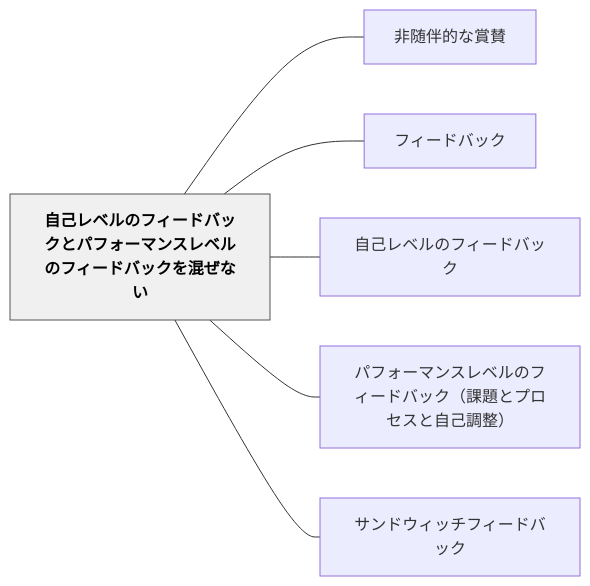
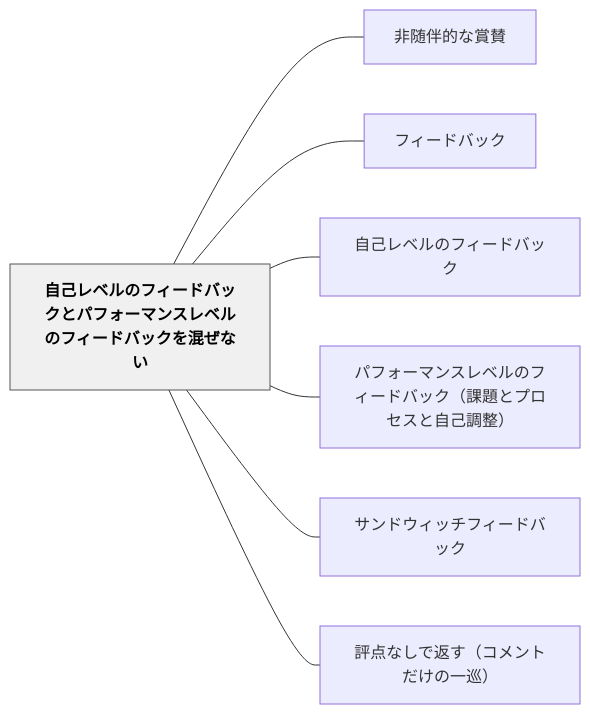
The diagram in content/パタン/自己レベルのフィードバックとパフォーマンスレベルのフィードバックを混ぜない.md (unknownthings-ed-patterns/unknownthings-ed-patterns), drawn with Mermaid before and after one commit. The commit also changed other lines of this file and 26 other files, not shown here.

````diff
--- a/content/パタン/自己レベルのフィードバックとパフォーマンスレベルのフィードバックを混ぜない.md
+++ b/content/パタン/自己レベルのフィードバックとパフォーマンスレベルのフィードバックを混ぜない.md
@@ -52,18 +53,20 @@
 ```mermaid
 flowchart LR
     ne887aae5b7b1e383ace38399e383abe381aee38395e382a3e383bce38389e38390e38383e382afe381a8e38391e38395e382a9e383bce3839ee383b3e382b9e383ace38399e383abe381aee38395e382a3e383bce38389e38390e38383e382afe38292e6b7b7e3819ce381aae38184["自己レベルのフィードバックとパフォーマンスレベルのフィードバックを混ぜない"]
     ne99d9ee99a8fe4bcb4e79a84e381aae8b39ee8b39b["非随伴的な賞賛"]
     ne38395e382a3e383bce38389e38390e38383e382af["フィードバック"]
     ne887aae5b7b1e383ace38399e383abe381aee38395e382a3e383bce38389e38390e38383e382af["自己レベルのフィードバック"]
     ne38391e38395e382a9e383bce3839ee383b3e382b9e383ace38399e383abe381aee38395e382a3e383bce38389e38390e38383e382afefbc88e8aab2e9a18ce381a8e38397e383ade382bbe382b9e381a8e887aae5b7b1e8aabfe695b4efbc89["パフォーマンスレベルのフィードバック（課題とプロセスと自己調整）"]
     ne382b5e383b3e38389e382a6e382a3e38383e38381e38395e382a3e383bce38389e38390e38383e382af["サンドウィッチフィードバック"]
+    ne8a995e782b9e381aae38197e381a7e8bf94e38199efbc88e382b3e383a1e383b3e38388e381a0e38191e381aee4b880e5b7a1efbc89["評点なしで返す（コメントだけの一巡）"]
 
     ne887aae5b7b1e383ace38399e383abe381aee38395e382a3e383bce38389e38390e38383e382afe381a8e38391e38395e382a9e383bce3839ee383b3e382b9e383ace38399e383abe381aee38395e382a3e383bce38389e38390e38383e382afe38292e6b7b7e3819ce381aae38184 --- ne99d9ee99a8fe4bcb4e79a84e381aae8b39ee8b39b
     ne887aae5b7b1e383ace38399e383abe381aee38395e382a3e383bce38389e38390e38383e382afe381a8e38391e38395e382a9e383bce3839ee383b3e382b9e383ace38399e383abe381aee38395e382a3e383bce38389e38390e38383e382afe38292e6b7b7e3819ce381aae38184 --- ne38395e382a3e383bce38389e38390e38383e382af
     ne887aae5b7b1e383ace38399e383abe381aee38395e382a3e383bce38389e38390e38383e382afe381a8e38391e38395e382a9e383bce3839ee383b3e382b9e383ace38399e383abe381aee38395e382a3e383bce38389e38390e38383e382afe38292e6b7b7e3819ce381aae38184 --- ne887aae5b7b1e383ace38399e383abe381aee38395e382a3e383bce38389e38390e38383e382af
     ne887aae5b7b1e383ace38399e383abe381aee38395e382a3e383bce38389e38390e38383e382afe381a8e38391e38395e382a9e383bce3839ee383b3e382b9e383ace38399e383abe381aee38395e382a3e383bce38389e38390e38383e382afe38292e6b7b7e3819ce381aae38184 --- ne38391e38395e382a9e383bce3839ee383b3e382b9e383ace38399e383abe381aee38395e382a3e383bce38389e38390e38383e382afefbc88e8aab2e9a18ce381a8e38397e383ade382bbe382b9e381a8e887aae5b7b1e8aabfe695b4efbc89
     ne887aae5b7b1e383ace38399e383abe381aee38395e382a3e383bce38389e38390e38383e382afe381a8e38391e38395e382a9e383bce3839ee383b3e382b9e383ace38399e383abe381aee38395e382a3e383bce38389e38390e38383e382afe38292e6b7b7e3819ce381aae38184 --- ne382b5e383b3e38389e382a6e382a3e38383e38381e38395e382a3e383bce38389e38390e38383e382af
+    ne887aae5b7b1e383ace38399e383abe381aee38395e382a3e383bce38389e38390e38383e382afe381a8e38391e38395e382a9e383bce3839ee383b3e382b9e383ace38399e383abe381aee38395e382a3e383bce38389e38390e38383e382afe38292e6b7b7e3819ce381aae38184 --- ne8a995e782b9e381aae38197e381a7e8bf94e38199efbc88e382b3e383a1e383b3e38388e381a0e38191e381aee4b880e5b7a1efbc89
 
     classDef hub fill:#f0f0f0,stroke:#555,color:#000,font-weight:bold
     class ne887aae5b7b1e383ace38399e383abe381aee38395e382a3e383bce38389e38390e38383e382afe381a8e38391e38395e382a9e383bce3839ee383b3e382b9e383ace38399e383abe381aee38395e382a3e383bce38389e38390e38383e382afe38292e6b7b7e3819ce381aae38184 hub
 ```
````
